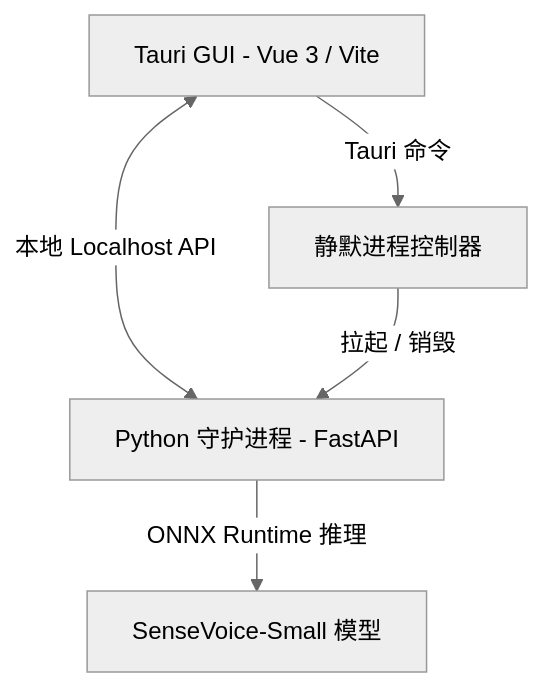
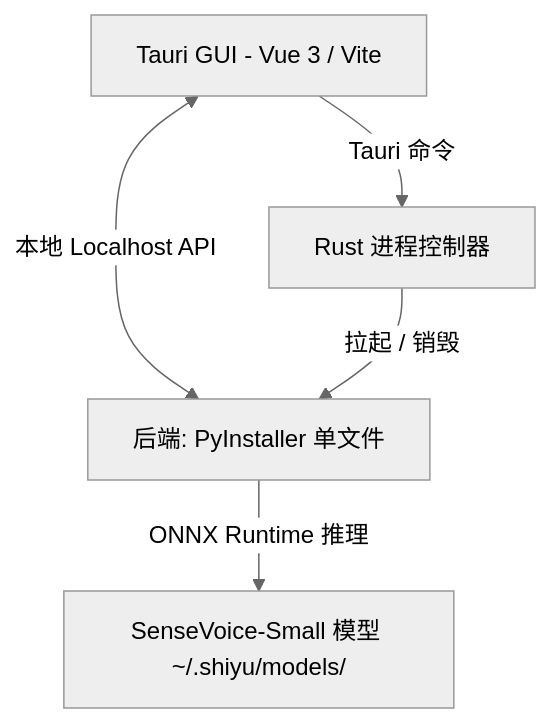
The diagram in README.zh-CN.md (JochenYang/shiyu), drawn with Mermaid (neutral theme) before and after one commit. The commit also changed other lines of this file and 1 other file, not shown here.

Commit message:
docs: update README for v1.1.0 (PyInstaller, auto-download, CI)

````diff
--- a/README.zh-CN.md
+++ b/README.zh-CN.md
@@ -42,7 +42,7 @@
 ```mermaid
 graph TD
-    A[Tauri GUI - Vue 3 / Vite] <-->|本地 Localhost API| B[Python 守护进程 - FastAPI]
-    B -->|ONNX Runtime 推理| C[SenseVoice-Small 模型]
-    A -->|Tauri 命令| D[静默进程控制器]
+    A[Tauri GUI - Vue 3 / Vite] <-->|本地 Localhost API| B[后端: PyInstaller 单文件]
+    B -->|ONNX Runtime 推理| C[SenseVoice-Small 模型 ~/.shiyu/models/]
+    A -->|Tauri 命令| D[Rust 进程控制器]
     D -->|拉起 / 销毁| B
 ```
````
